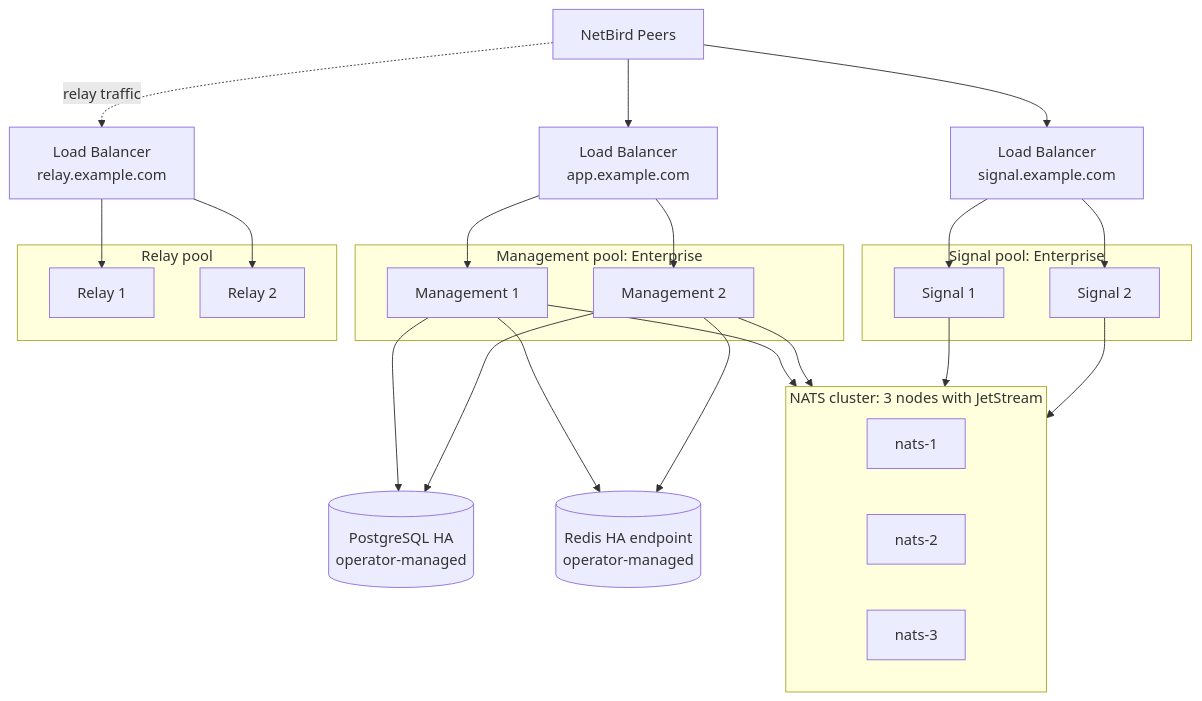
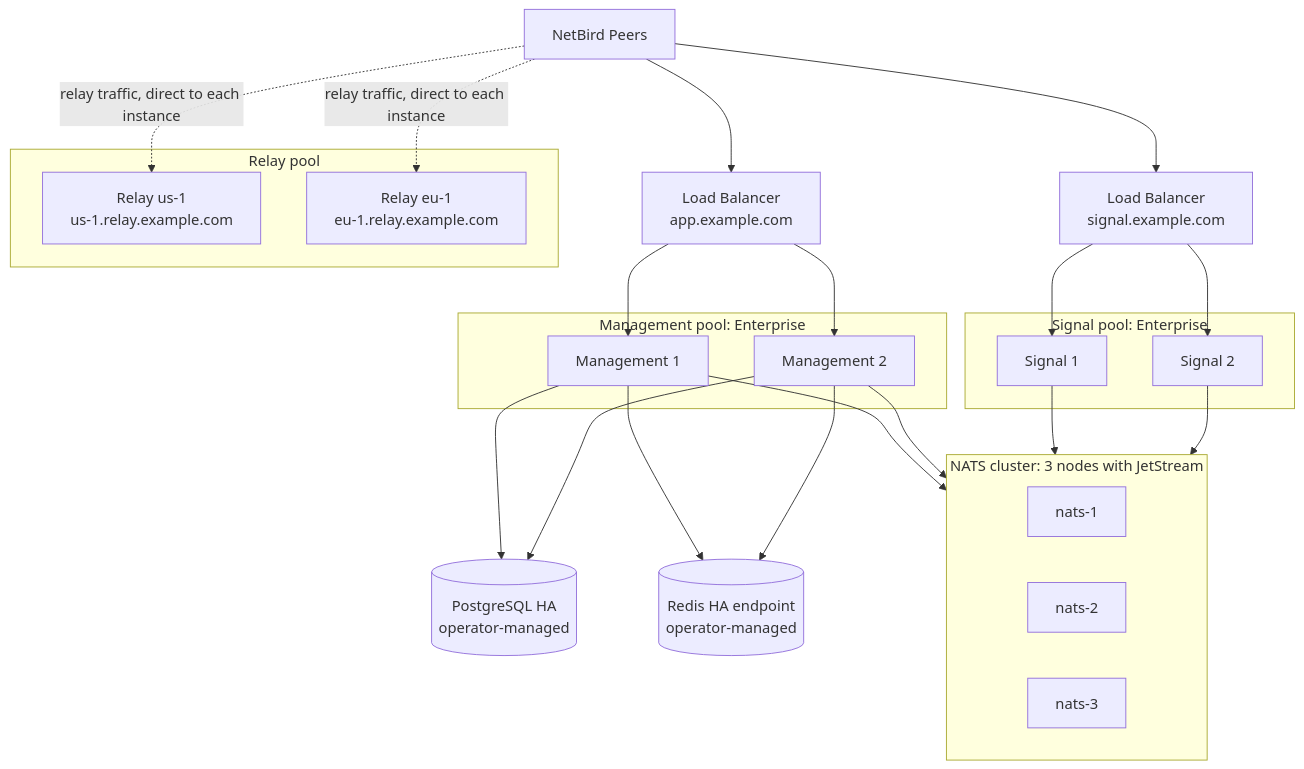
The diagram in src/pages/selfhosted/maintenance/scaling/high-availability.mdx (netbirdio/docs), drawn with Mermaid before and after one commit. The commit also changed other lines of this file, not shown here.

````diff
--- a/src/pages/selfhosted/maintenance/scaling/high-availability.mdx
+++ b/src/pages/selfhosted/maintenance/scaling/high-availability.mdx
@@ -68,45 +68,43 @@
 ```mermaid
 flowchart TB
     Peers[NetBird Peers]
 
     LBM[Load Balancer<br/>app.example.com]
     LBS[Load Balancer<br/>signal.example.com]
-    LBR[Load Balancer<br/>relay.example.com]
 
     subgraph Mgmt[Management pool: Enterprise]
         M1[Management 1]
         M2[Management 2]
     end
 
     subgraph Sig[Signal pool: Enterprise]
         S1[Signal 1]
         S2[Signal 2]
     end
 
     subgraph Rel[Relay pool]
-        R1[Relay 1]
-        R2[Relay 2]
+        R1[Relay us-1<br/>us-1.relay.example.com]
+        R2[Relay eu-1<br/>eu-1.relay.example.com]
     end
 
     subgraph NATSC[NATS cluster: 3 nodes with JetStream]
         N1[nats-1]
         N2[nats-2]
         N3[nats-3]
     end
 
     PG[(PostgreSQL HA<br/>operator-managed)]
     RD[(Redis HA endpoint<br/>operator-managed)]
 
     Peers --> LBM
     Peers --> LBS
-    Peers -.->|relay traffic| LBR
+    Peers -.->|relay traffic, direct to each instance| R1 & R2
 
     LBM --> M1 & M2
     LBS --> S1 & S2
-    LBR --> R1 & R2
 
     M1 & M2 --> PG
     M1 & M2 --> RD
     M1 & M2 --> NATSC
     S1 & S2 --> NATSC
 ```
````
